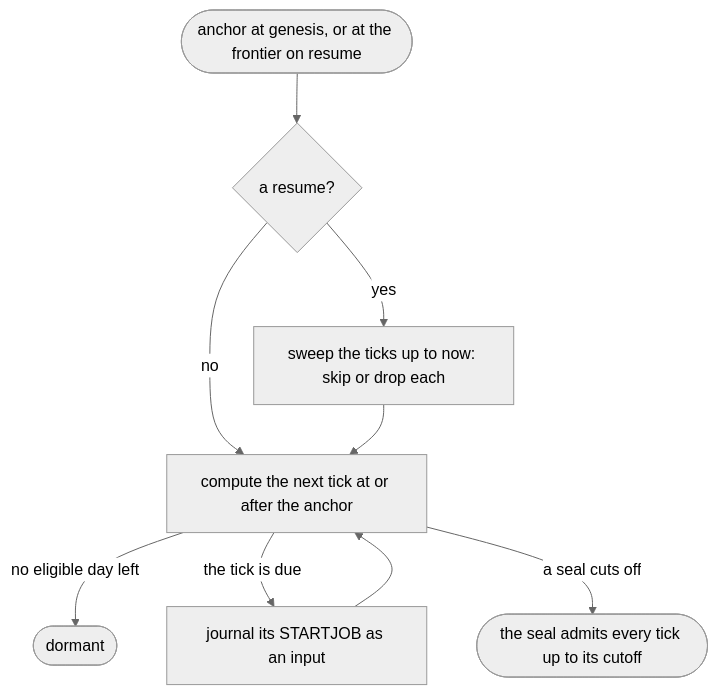
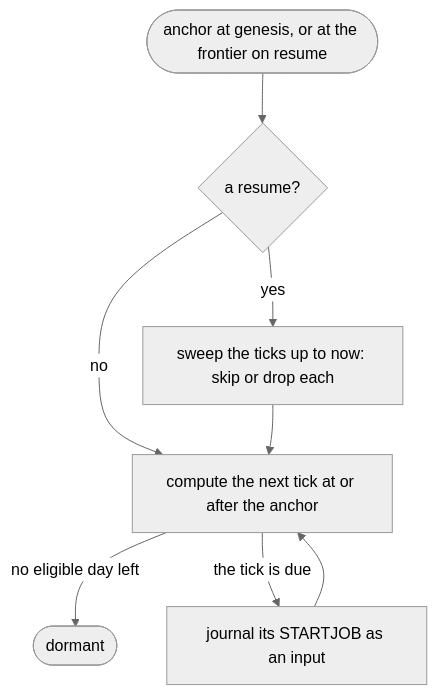
One commit to mrbald/dsl41 changed the diagram in docs/blocks/scheduler.md. Above: the diagram before and after it, drawn with Mermaid (neutral theme). The commit also changed other lines of this file and 9 other files, not shown here.

````diff
--- a/docs/blocks/scheduler.md
+++ b/docs/blocks/scheduler.md
@@ -34,11 +36,10 @@
 ```mermaid
 flowchart TD
     anchor(["anchor at genesis, or at the frontier on resume"]) --> resumed{"a resume?"}
     resumed -->|"yes"| sweep["sweep the ticks up to now: skip or drop each"]
     resumed -->|"no"| next
     sweep --> next["compute the next tick at or after the anchor"]
     next -->|"no eligible day left"| dormant(["dormant"])
     next -->|"the tick is due"| admit["journal its STARTJOB as an input"]
     admit --> next
-    next -->|"a seal cuts off"| cutoff(["the seal admits every tick up to its cutoff"])
 ```
````
